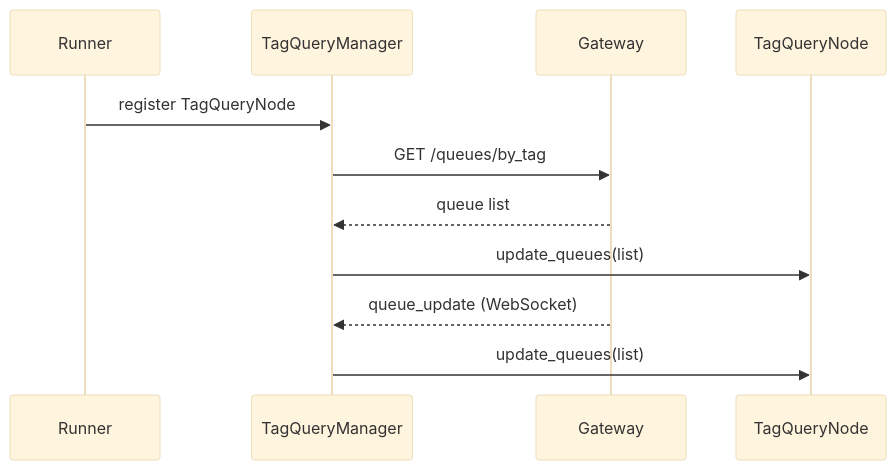
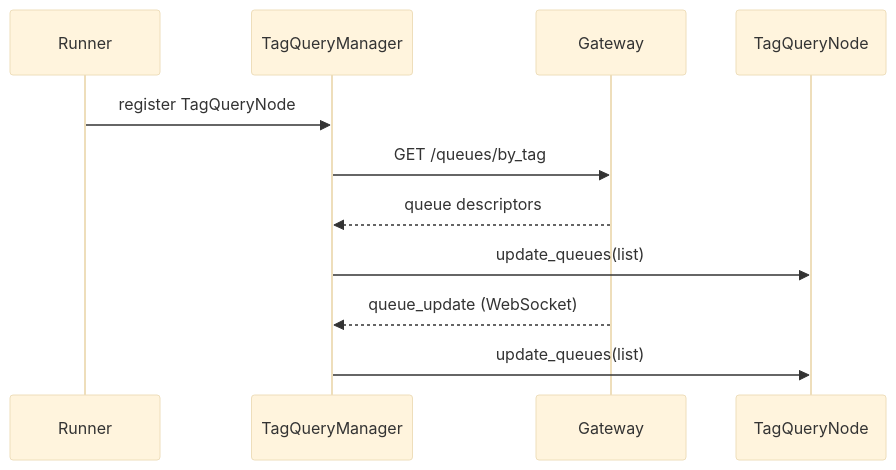
Before and after one commit to hyophyop/qmtl: the fourth of 4 diagrams in docs/architecture/architecture.md, drawn with Mermaid (base theme). The commit also changed 6 other files, not shown here.

First line of the commit message:
Align /queues/by_tag schema + docs (Fixes #783)

````diff
--- a/docs/architecture/architecture.md
+++ b/docs/architecture/architecture.md
@@ -394,13 +394,13 @@
 ```mermaid
 sequenceDiagram
     participant R as Runner
     participant M as TagQueryManager
     participant G as Gateway
     participant N as TagQueryNode
     R->>M: register TagQueryNode
     M->>G: GET /queues/by_tag
-    G-->>M: queue list
+    G-->>M: queue descriptors
     M->>N: update_queues(list)
     G-->>M: queue_update (WebSocket)
     M->>N: update_queues(list)
 ```
````
